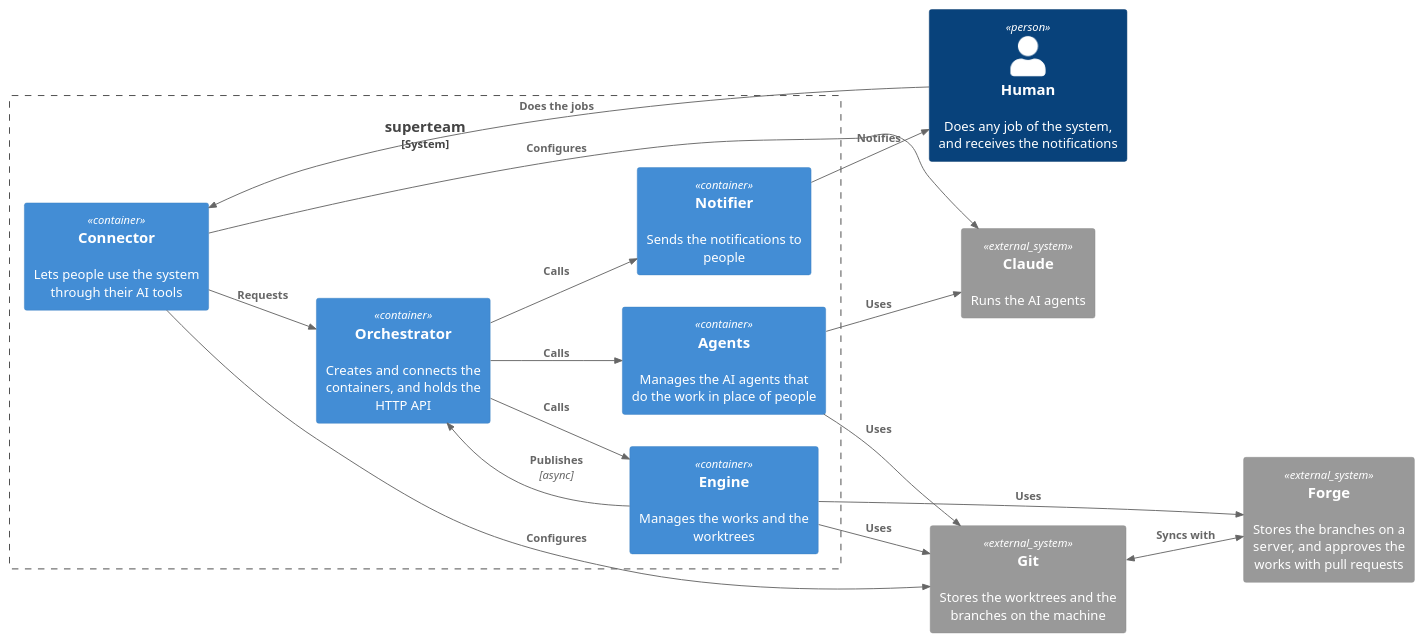
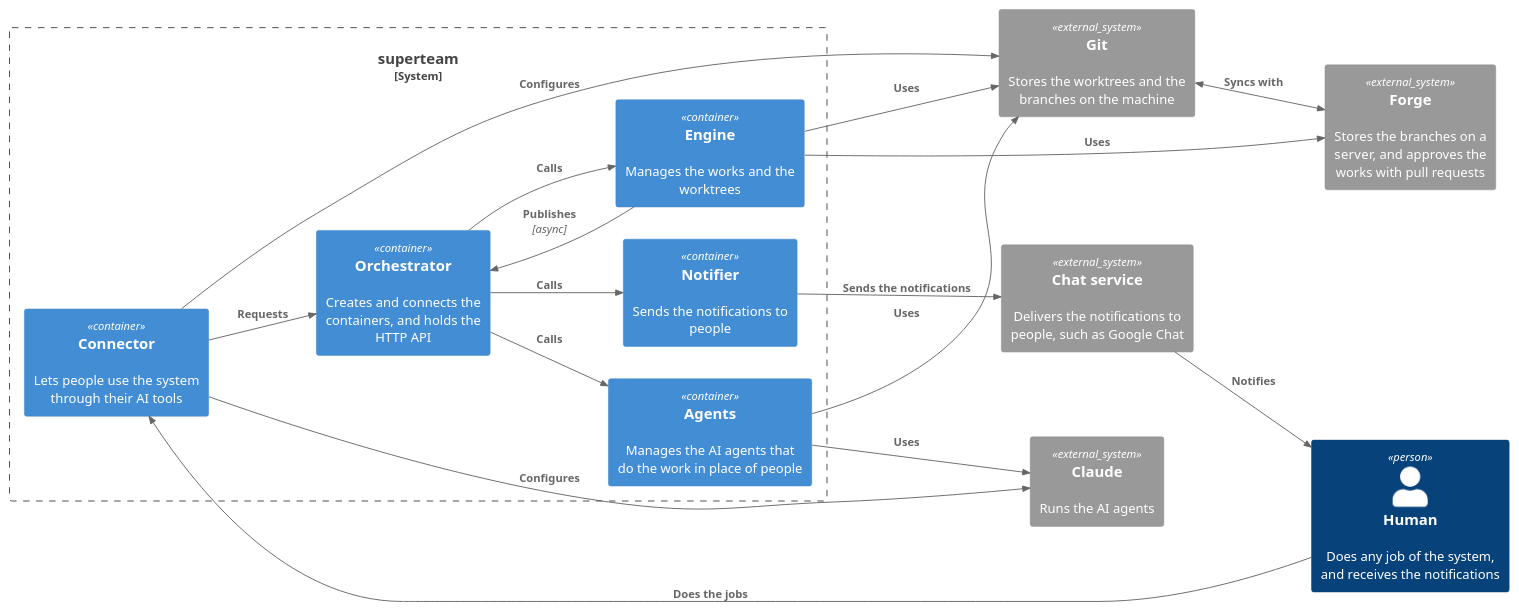
Before and after one commit to longlh/superteam: the diagram in docs/05_building-blocks/building-blocks.md, drawn with PlantUML. The commit also changed 1 other file, not shown here.

Commit message:
Show the chat service as an external system of the notifications
The Notifier sends the notifications through a chat service, such as Google
Chat, which is outside the system. The context and the container diagrams show
it as one generic external system, so that a new channel does not change them.

Claude-Session: https://claude.ai/code/session_01RjCc28sBGp3orSAH3dswSq

````diff
--- a/docs/05_building-blocks/building-blocks.md
+++ b/docs/05_building-blocks/building-blocks.md
@@ -30,35 +30,37 @@
 ```plantuml
 @startuml
 !include <C4/C4_Container>
 LAYOUT_LEFT_RIGHT()
 
 Person(human, "Human", "Does any job of the system, and receives the notifications")
 
 System_Boundary(superteam, "superteam") {
   Container(orch, "Orchestrator", "", "Creates and connects the containers, and holds the HTTP API")
   Container(connect, "Connector", "", "Lets people use the system through their AI tools")
   Container(engine, "Engine", "", "Manages the works and the worktrees")
   Container(agents, "Agents", "", "Manages the AI agents that do the work in place of people")
   Container(notifier, "Notifier", "", "Sends the notifications to people")
 }
 
 System_Ext(claude, "Claude", "Runs the AI agents")
 System_Ext(git, "Git", "Stores the worktrees and the branches on the machine")
 System_Ext(forge, "Forge", "Stores the branches on a server, and approves the works with pull requests")
+System_Ext(chat, "Chat service", "Delivers the notifications to people, such as Google Chat")
 
 Rel(human, connect, "Does the jobs")
 Rel(connect, orch, "Requests")
 Rel(orch, engine, "Calls")
 Rel(engine, orch, "Publishes", "async")
 Rel(orch, agents, "Calls")
 Rel(orch, notifier, "Calls")
 Rel(connect, claude, "Configures")
 Rel(connect, git, "Configures")
 Rel(agents, git, "Uses")
 BiRel(git, forge, "Syncs with")
-Rel(notifier, human, "Notifies")
+Rel(notifier, chat, "Sends the notifications")
+Rel(chat, human, "Notifies")
 Rel(agents, claude, "Uses")
 Rel(engine, forge, "Uses")
 Rel(engine, git, "Uses")
 @enduml
 ```
````
